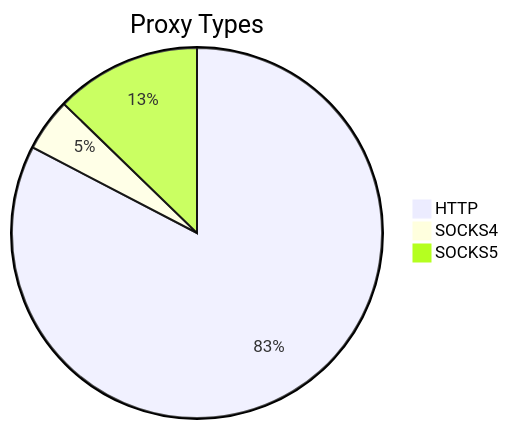
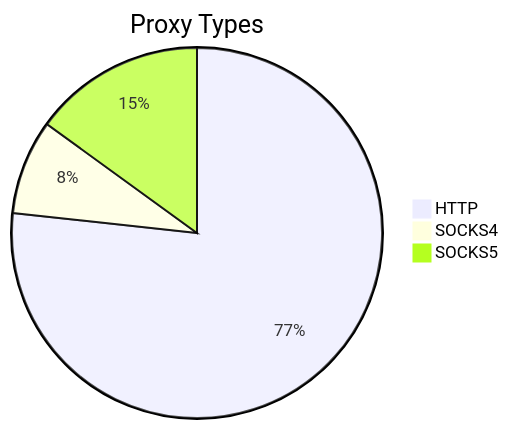
Before and after one commit to stormsia/proxy-list: the first of 2 diagrams in README.md, drawn with Mermaid. The commit also changed other lines of this file, not shown here.

````diff
--- a/README.md
+++ b/README.md
@@ -21,6 +21,6 @@
 ```mermaid
 pie title Proxy Types
-    "HTTP" : 681
-    "SOCKS4" : 38
-    "SOCKS5" : 105
+    "HTTP" : 649
+    "SOCKS4" : 70
+    "SOCKS5" : 127
 ```
````
